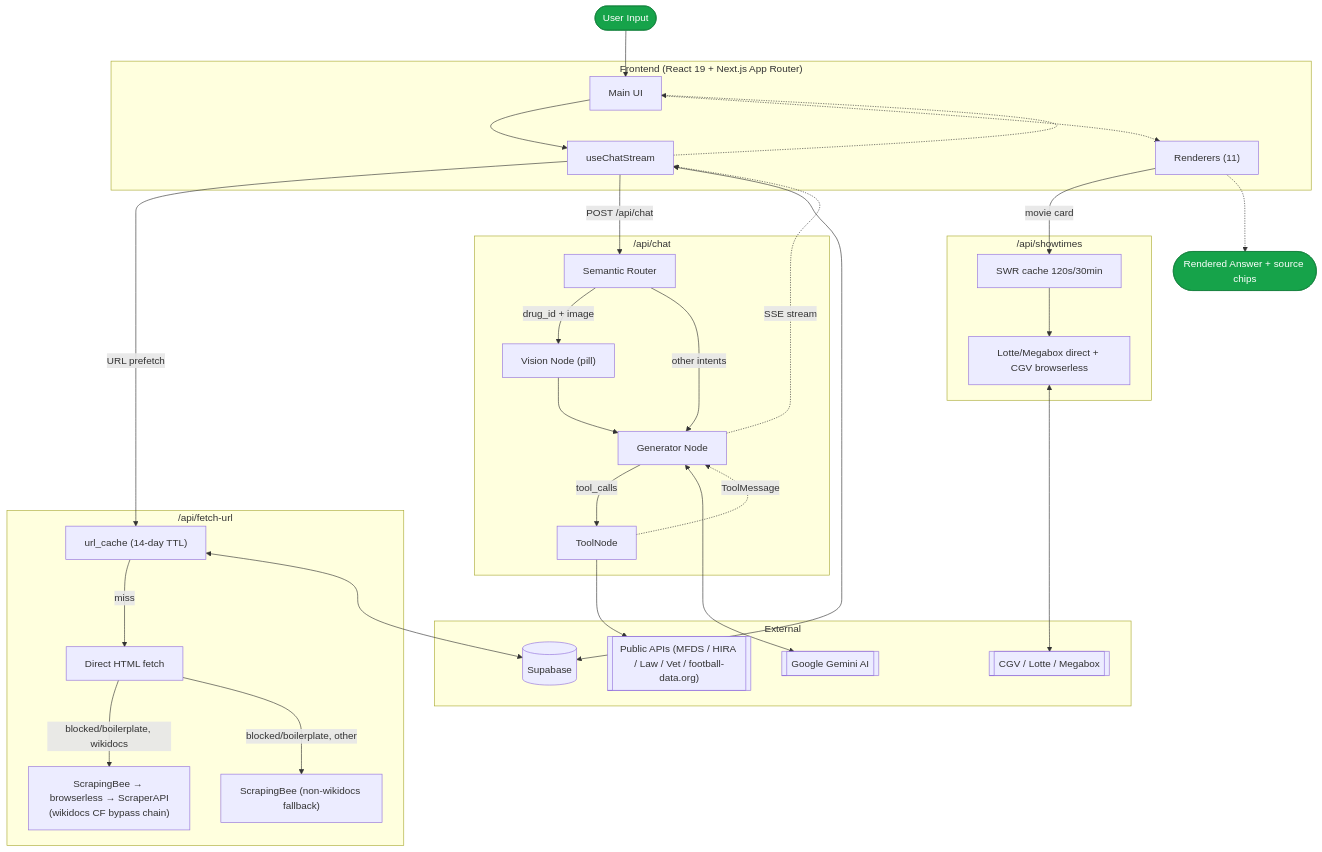
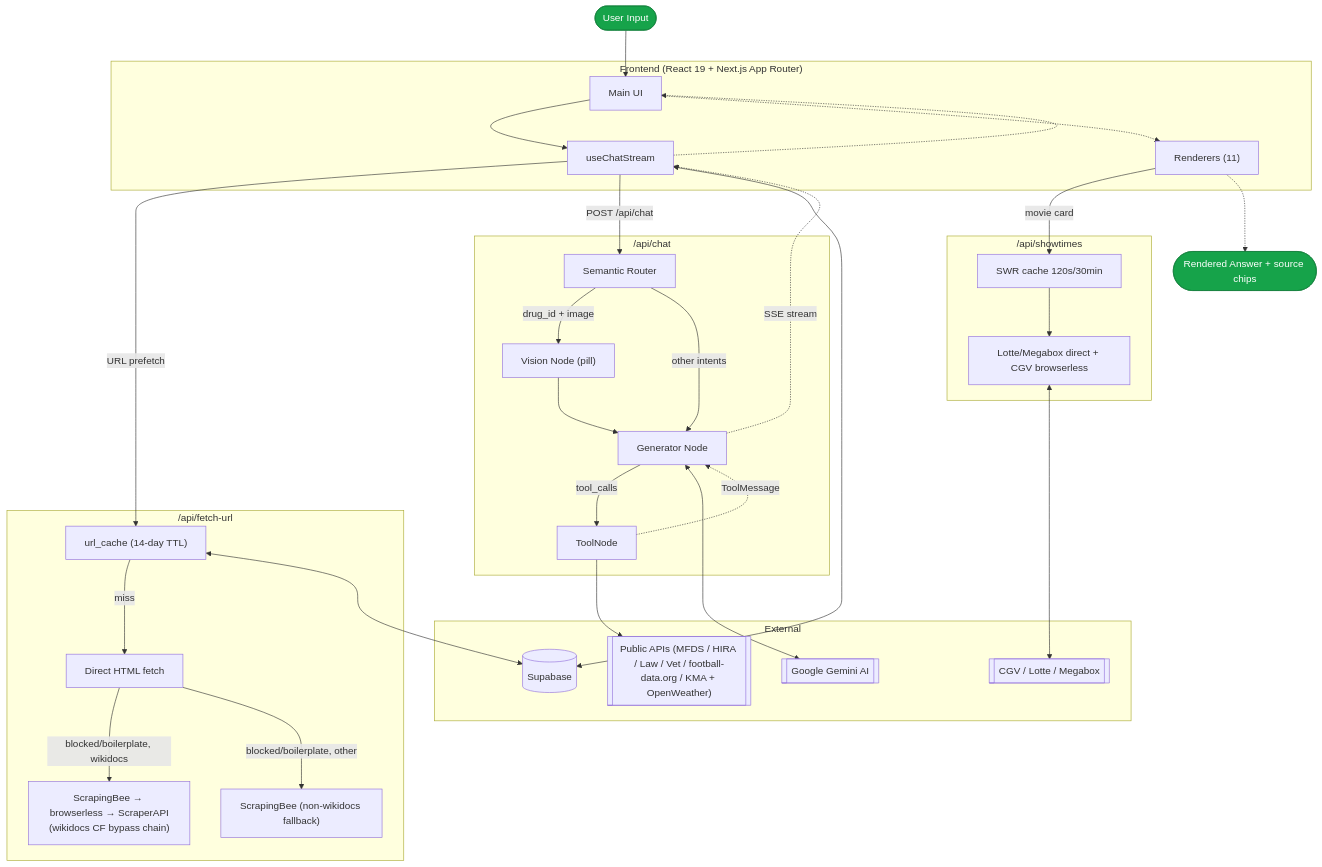
Before and after one commit to jpjp92/chat-agent: the first of 2 diagrams in README.md, drawn with Mermaid. The commit also changed other lines of this file and 2 other files, not shown here.

Commit message:
feat: 기상청 및 OpenWeather API 키 추가와 날씨 관련 문서 작성

````diff
--- a/README.md
+++ b/README.md
@@ -63,56 +64,56 @@
 ```mermaid
 flowchart TB
     In([User Input])
 
     subgraph Frontend ["Frontend (React 19 + Next.js App Router)"]
         UI[Main UI]
         Stream[useChatStream]
         Renderers["Renderers (11)"]
     end
 
     subgraph FetchAPI ["/api/fetch-url"]
         URLCache["url_cache (14-day TTL)"]
         Direct["Direct HTML fetch"]
         ScrapingBee["ScrapingBee (non-wikidocs fallback)"]
         CFChain["ScrapingBee → browserless → ScraperAPI\n(wikidocs CF bypass chain)"]
     end
 
     subgraph ChatAPI ["/api/chat"]
         Router["Semantic Router"]
         Vision["Vision Node (pill)"]
         Generator["Generator Node"]
         ToolNode["ToolNode"]
     end
 
     subgraph ShowtimesAPI ["/api/showtimes"]
         SWR["SWR cache 120s/30min"]
         ChainFetch["Lotte/Megabox direct + CGV browserless"]
     end
 
     subgraph External ["External"]
         Gemini[["Google Gemini AI"]]
         Supabase[("Supabase")]
-        APIs[["Public APIs (MFDS / HIRA / Law / Vet / football-data.org)"]]
+        APIs[["Public APIs (MFDS / HIRA / Law / Vet / football-data.org / KMA + OpenWeather)"]]
         Multiplex[["CGV / Lotte / Megabox"]]
     end
 
     Out([Rendered Answer + source chips])
 
     In --> UI --> Stream
     Stream -->|URL prefetch| URLCache -->|miss| Direct
     Direct -->|blocked/boilerplate, wikidocs| CFChain
     Direct -->|blocked/boilerplate, other| ScrapingBee
     URLCache <--> Supabase
     Stream -->|POST /api/chat| Router
     Router -->|drug_id + image| Vision --> Generator
     Router -->|other intents| Generator
     Generator -->|tool_calls| ToolNode --> APIs
     Renderers -->|movie card| SWR --> ChainFetch <--> Multiplex
     Generator <--> Gemini
     ToolNode -.->|ToolMessage| Generator
     Generator -.->|SSE stream| Stream -.-> UI -.-> Renderers -.-> Out
     Stream <--> Supabase
 
     classDef io fill:#16a34a,stroke:#15803d,color:#fff;
     class In,Out io;
 ```
````
